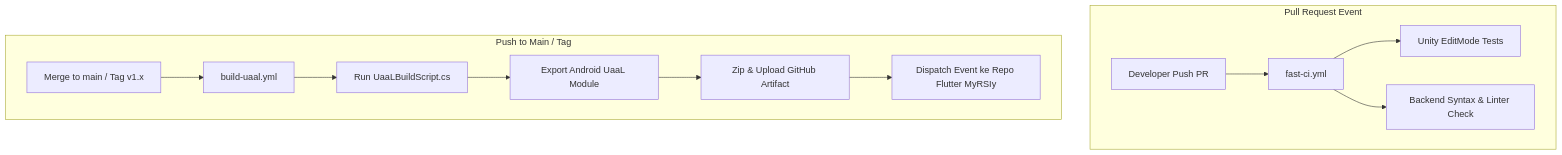
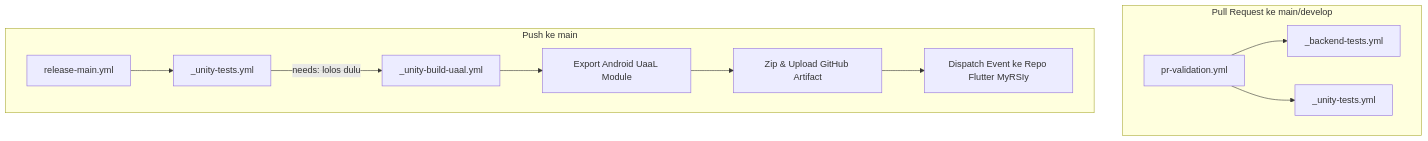
Before and after one commit to RockHead07/DARSI-Indoor-Navigation: the diagram in docs/CICD.md, drawn with Mermaid. The commit also changed other lines of this file, not shown here.

````diff
--- a/docs/CICD.md
+++ b/docs/CICD.md
@@ -11,16 +19,15 @@
 ```mermaid
 flowchart TD
-    subgraph PR [Pull Request Event]
-        A[Developer Push PR] --> B[fast-ci.yml]
-        B --> C[Unity EditMode Tests]
-        B --> D[Backend Syntax & Linter Check]
+    subgraph PR [Pull Request ke main/develop]
+        A[pr-validation.yml] --> B[_backend-tests.yml]
+        A --> C[_unity-tests.yml]
     end
 
-    subgraph PushMain [Push to Main / Tag]
-        E[Merge to main / Tag v1.x] --> F[build-uaal.yml]
-        F --> G[Run UaaLBuildScript.cs]
-        G --> H[Export Android UaaL Module]
-        H --> I[Zip & Upload GitHub Artifact]
-        I --> J[Dispatch Event ke Repo Flutter MyRSIy]
+    subgraph PushMain [Push ke main]
+        D[release-main.yml] --> E[_unity-tests.yml]
+        E -->|needs: lolos dulu| F[_unity-build-uaal.yml]
+        F --> G[Export Android UaaL Module]
+        G --> H[Zip & Upload GitHub Artifact]
+        H --> I[Dispatch Event ke Repo Flutter MyRSIy]
     end
 ```
````
